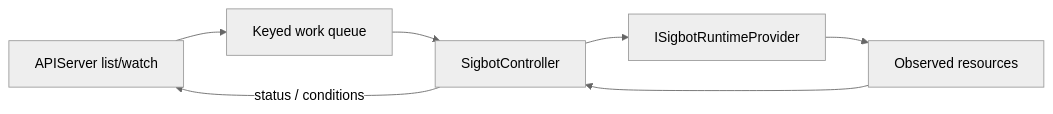
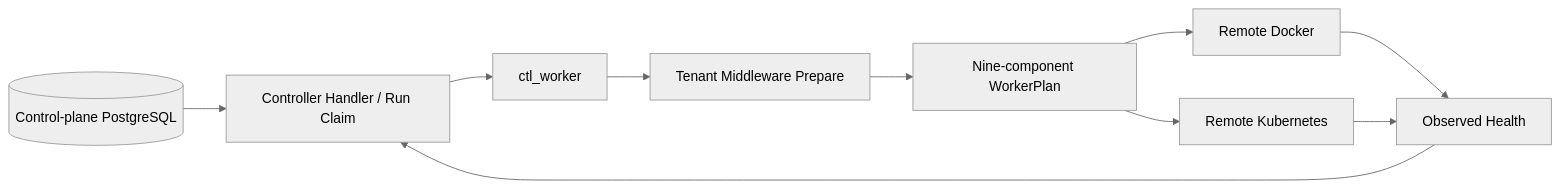
Before and after one commit to sigbot-labs/sigbot-core: the diagram in docs/architecture/engine/controller/overview.md, drawn with Mermaid (neutral theme). The commit also changed other lines of this file and 1371 other files, not shown here.

Commit message:
Refactor runtime into provider-based domain components

````diff
--- a/docs/architecture/engine/controller/overview.md
+++ b/docs/architecture/engine/controller/overview.md
@@ -35,9 +23,12 @@
 ```mermaid
 flowchart LR
-    API[APIServer list/watch] --> Queue[Keyed work queue]
-    Queue --> Controller[SigbotController]
-    Controller --> Runtime[ISigbotRuntimeProvider]
-    Runtime --> Observed[Observed resources]
-    Observed --> Controller
-    Controller -->|status / conditions| API
+    ControlDB[(Control-plane PostgreSQL)] --> Claim[Controller Handler / Run Claim]
+    Claim --> Target[ctl_worker]
+    Target --> Prepare[Tenant Middleware Prepare]
+    Prepare --> Plan[Nine-component WorkerPlan]
+    Plan --> Docker[Remote Docker]
+    Plan --> Kubernetes[Remote Kubernetes]
+    Docker --> Status[Observed Health]
+    Kubernetes --> Status
+    Status --> Claim
 ```
````
